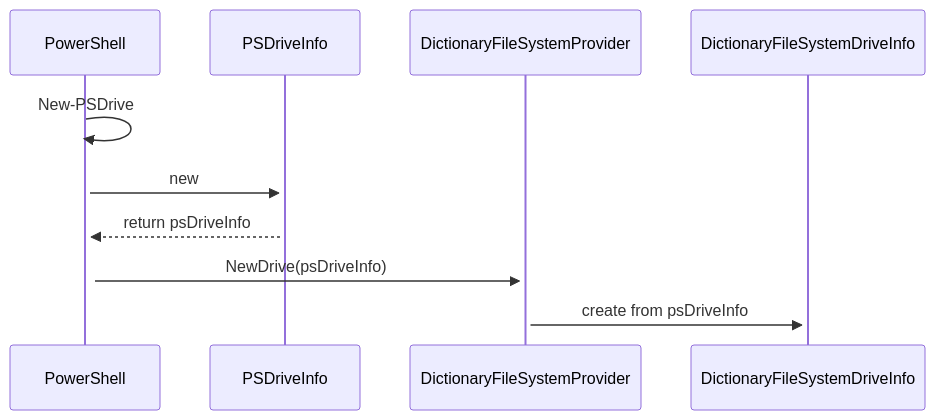
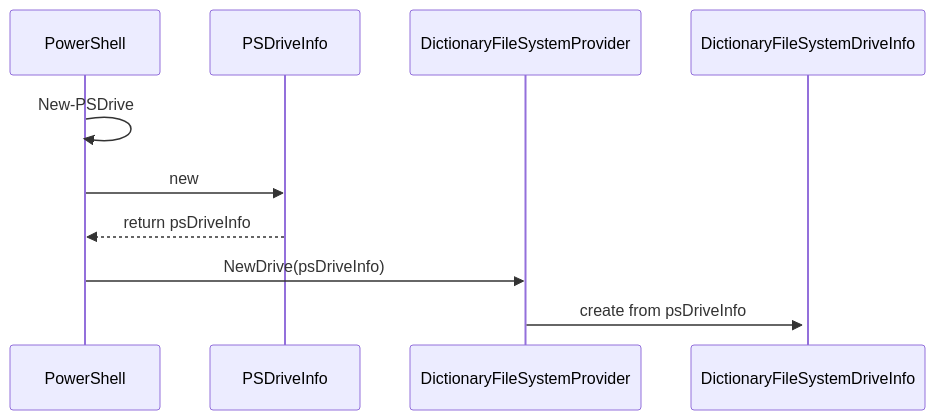
One commit to wgross/TreeStore.Core changed the diagram in src/TreeStore.DictionaryFS/readme.md. Above: the diagram before and after it, drawn with Mermaid. The commit also changed 26 other files, not shown here.

````diff
--- a/src/TreeStore.DictionaryFS/readme.md
+++ b/src/TreeStore.DictionaryFS/readme.md
@@ -61,9 +61,9 @@
 ```mermaid
 sequenceDiagram
-    PowerShell ->>+ PowerShell: New-PSDrive
-    PowerShell ->>+ PSDriveInfo: new
-    PSDriveInfo -->>+ PowerShell: return psDriveInfo
-    PowerShell ->>+ DictionaryFileSystemProvider: NewDrive(psDriveInfo)
+    PowerShell ->> PowerShell: New-PSDrive
+    PowerShell ->> PSDriveInfo: new
+    PSDriveInfo -->> PowerShell: return psDriveInfo
+    PowerShell ->> DictionaryFileSystemProvider: NewDrive(psDriveInfo)
     DictionaryFileSystemProvider ->>+ DictionaryFileSystemDriveInfo: create from psDriveInfo
 
 ```
````
